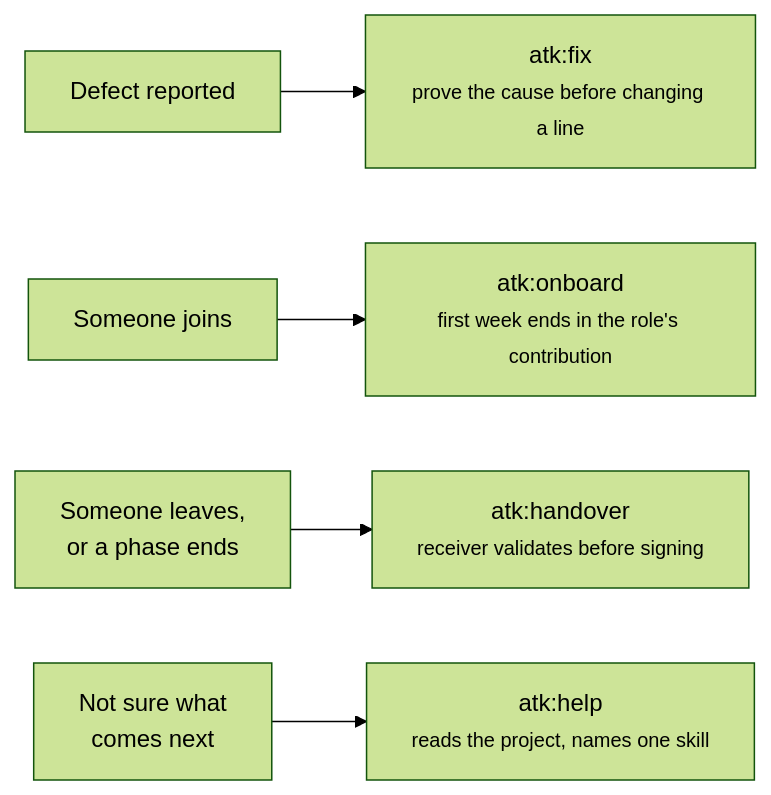
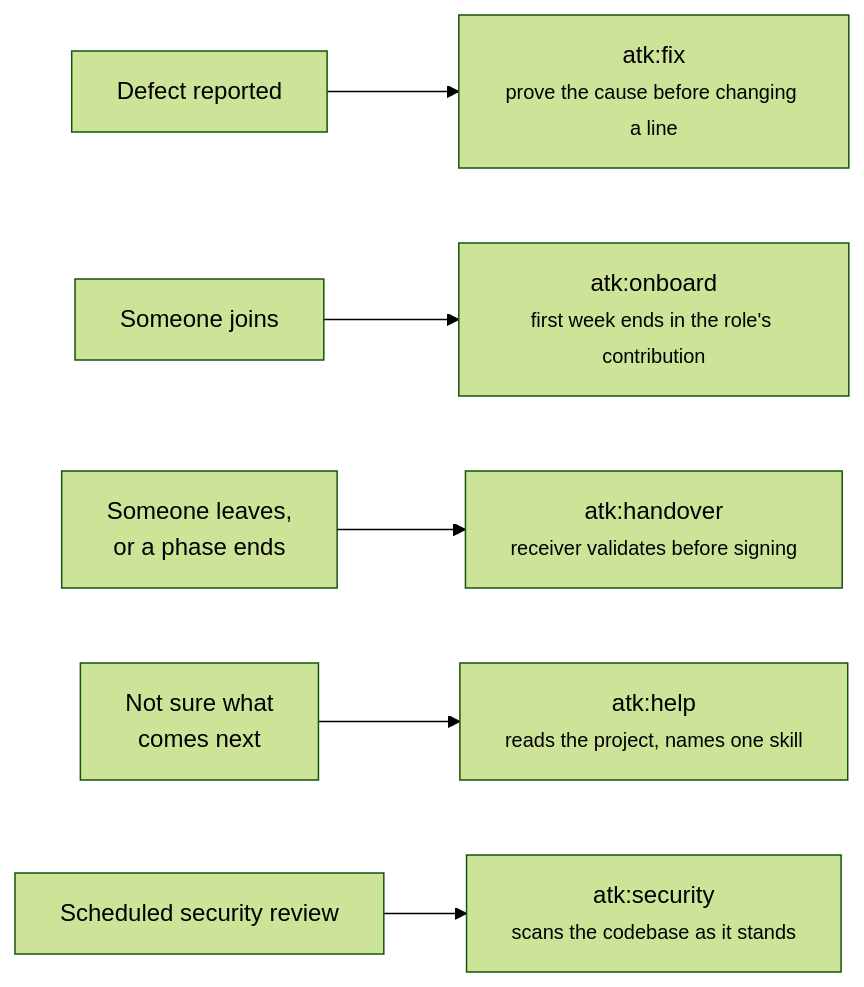
Before and after one commit to lamngockhuong/aiteamkit: the third of 3 diagrams in docs/flow/project-flow.md, drawn with Mermaid (forest theme). The commit also changed other lines of this file and 24 other files, not shown here.

````diff
--- a/docs/flow/project-flow.md
+++ b/docs/flow/project-flow.md
@@ -175,7 +174,8 @@
 ```mermaid
 flowchart LR
     X1["Defect reported"] --> X2["atk:fix<br/><small>prove the cause before changing a line</small>"]
     X3["Someone joins"] --> X4["atk:onboard<br/><small>first week ends in the role's contribution</small>"]
     X5["Someone leaves,<br/>or a phase ends"] --> X6["atk:handover<br/><small>receiver validates before signing</small>"]
     X7["Not sure what<br/>comes next"] --> X8["atk:help<br/><small>reads the project, names one skill</small>"]
+    X9["Scheduled security review"] --> X10["atk:security<br/><small>scans the codebase as it stands</small>"]
 ```
````
